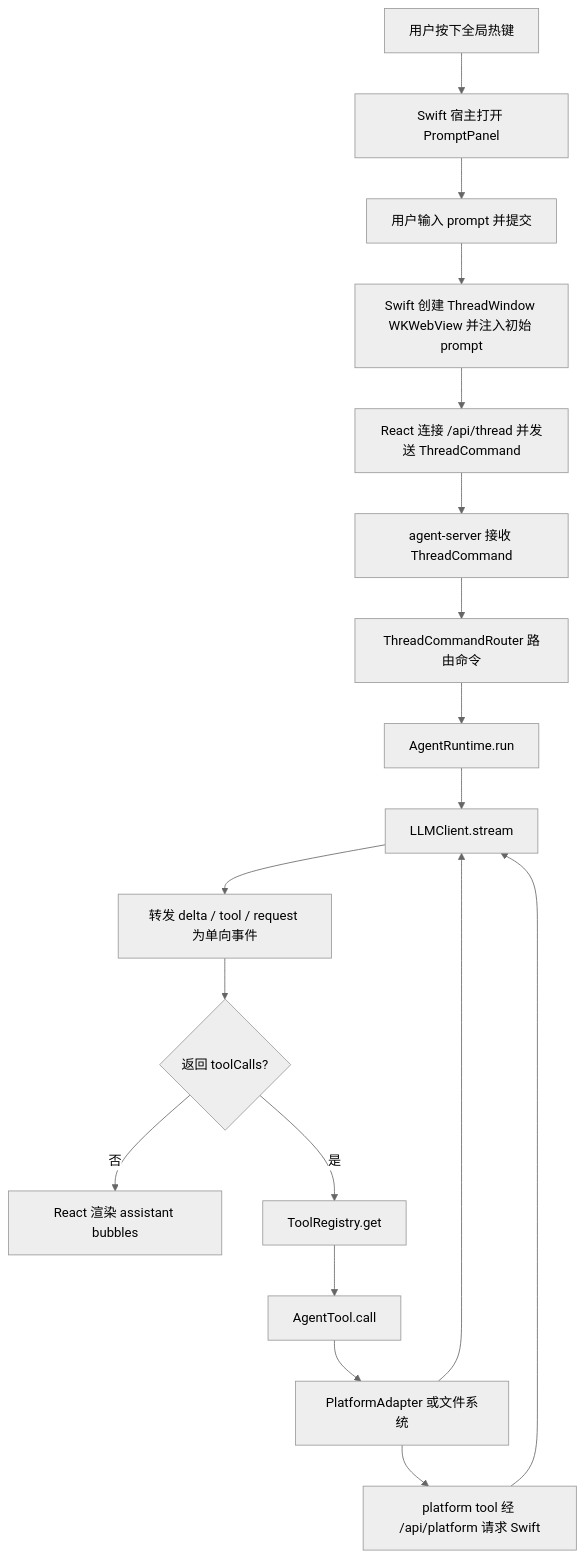
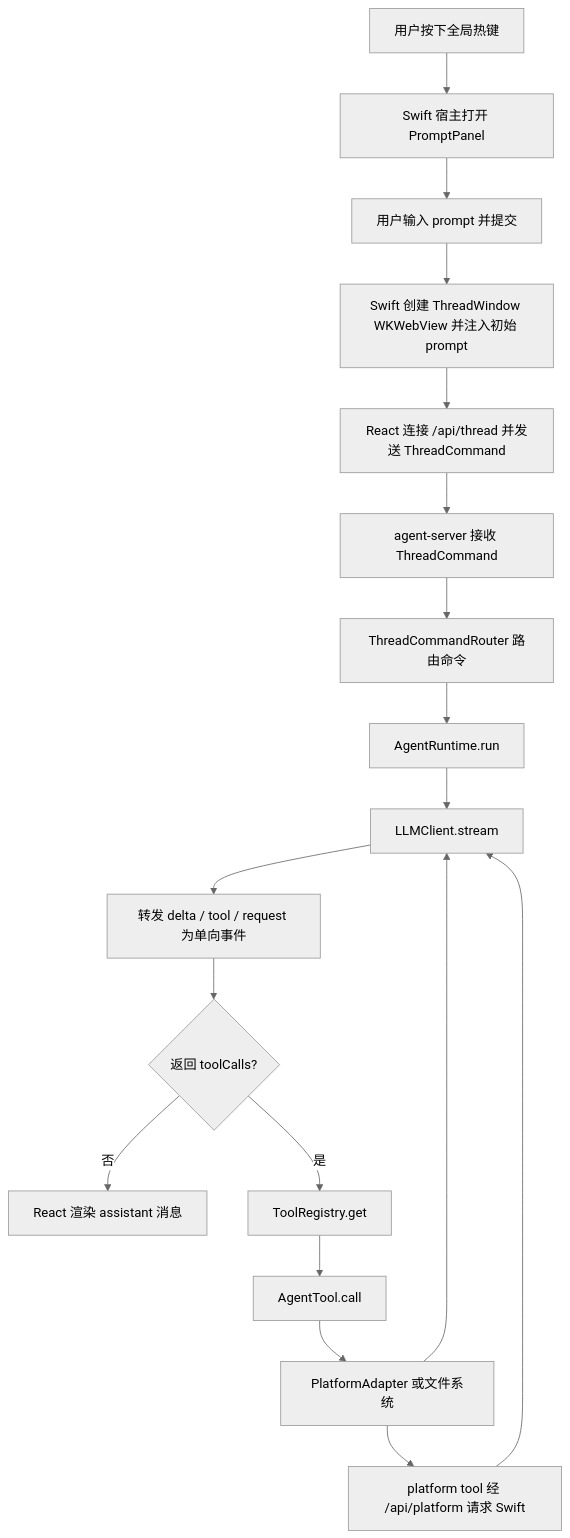
The second of 2 diagrams in handAgent.md (Lixuhang987/SpotAgent), drawn with Mermaid (neutral theme) before and after one commit. The commit also changed other lines of this file and 36 other files, not shown here.

Commit message:
docs: reorganize architecture docs

````diff
--- a/handAgent.md
+++ b/handAgent.md
@@ -39,20 +39,20 @@
 ```mermaid
 flowchart TD
   A[用户按下全局热键] --> B[Swift 宿主打开 PromptPanel]
   B --> C[用户输入 prompt 并提交]
   C --> D[Swift 创建 ThreadWindow WKWebView 并注入初始 prompt]
   D --> E[React 连接 /api/thread 并发送 ThreadCommand]
   E --> F[agent-server 接收 ThreadCommand]
   F --> G[ThreadCommandRouter 路由命令]
   G --> H[AgentRuntime.run]
   H --> I[LLMClient.stream]
   I --> I1[转发 delta / tool / request 为单向事件]
   I1 --> J{返回 toolCalls?}
-  J -- 否 --> K[React 渲染 assistant bubbles]
+  J -- 否 --> K[React 渲染 assistant 消息]
   J -- 是 --> L[ToolRegistry.get]
   L --> M[AgentTool.call]
   M --> N[PlatformAdapter 或文件系统]
   N --> I
   N --> O[platform tool 经 /api/platform 请求 Swift]
   O --> I
 ```
````
